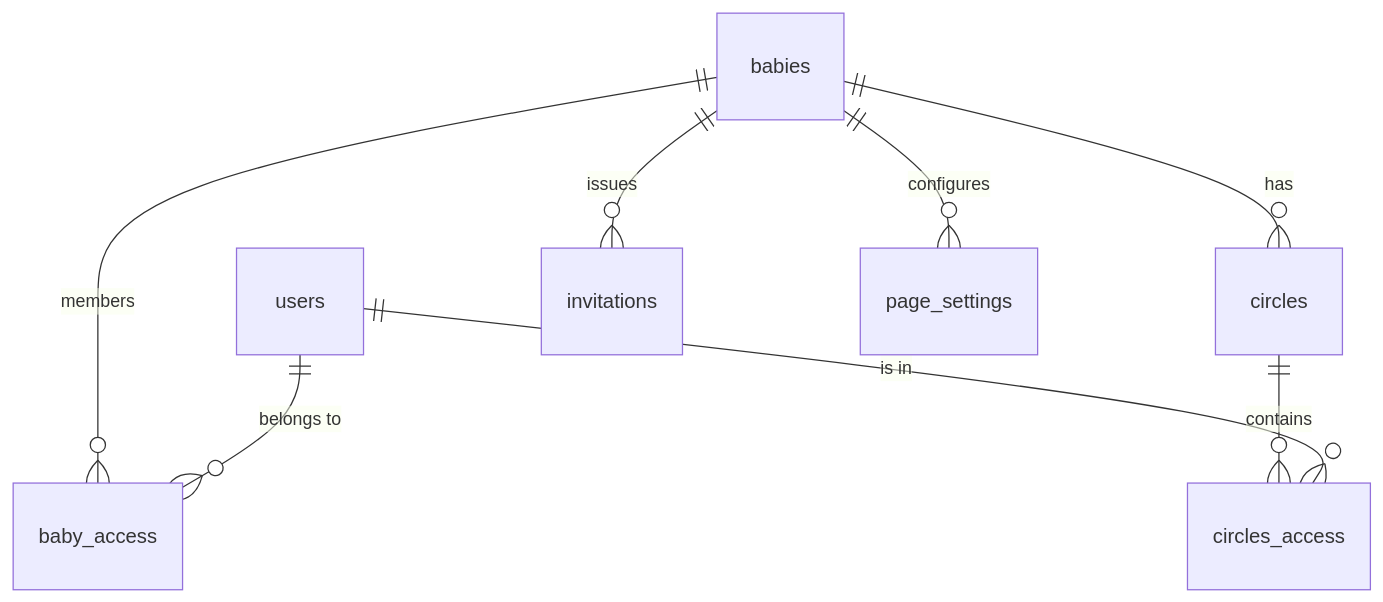
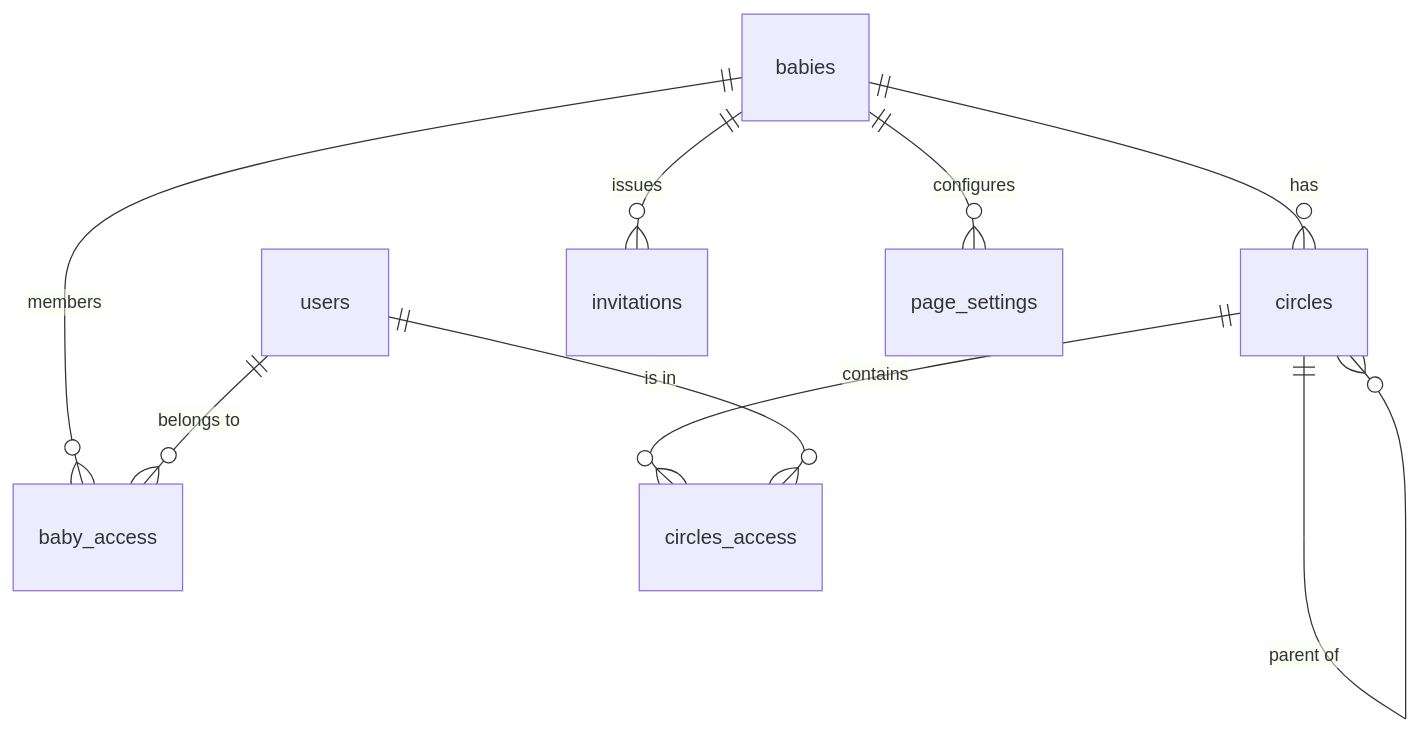
Before and after one commit to BaptisteBergmann/lepetitmonde: the first of 2 diagrams in docs/architecture/Data model.md, drawn with Mermaid. The commit also changed other lines of this file and 8 other files, not shown here.

````diff
--- a/docs/architecture/Data model.md
+++ b/docs/architecture/Data model.md
@@ -13,10 +13,11 @@
 ```mermaid
 erDiagram
   babies ||--o{ baby_access : "members"
   users ||--o{ baby_access : "belongs to"
   babies ||--o{ circles : has
   circles ||--o{ circles_access : contains
+  circles ||--o{ circles : "parent of"
   users ||--o{ circles_access : "is in"
   babies ||--o{ invitations : issues
   babies ||--o{ page_settings : configures
 ```
````
